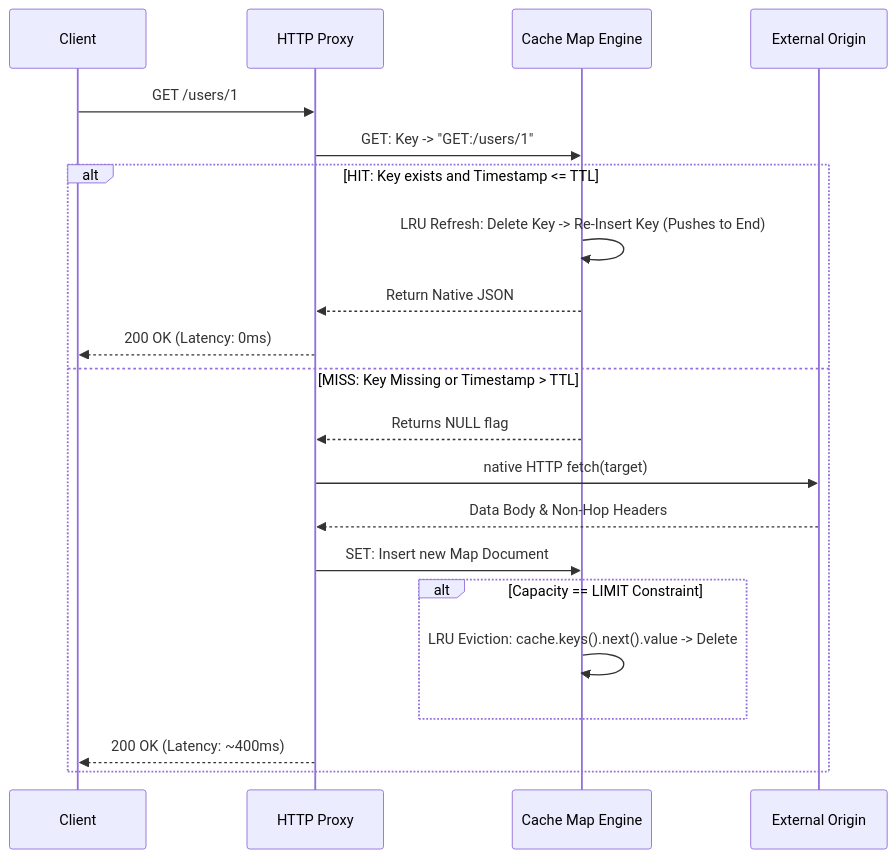
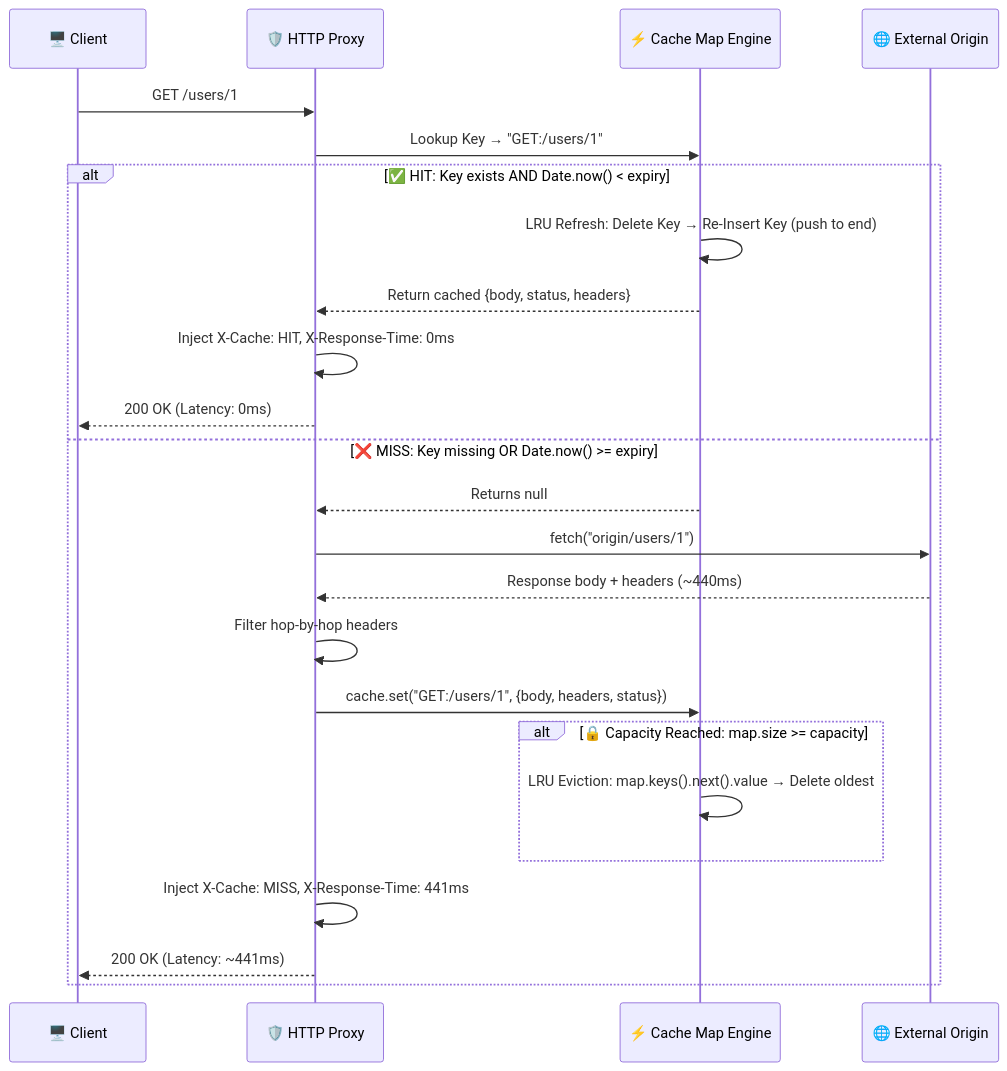
The eighth of 21 diagrams in README.md (sherlock-hashed/Kshama), drawn with Mermaid before and after one commit. The commit also changed other lines of this file, not shown here.

Commit message:
docs: comprehensive README rewrite with HLD, LLD, 21 mermaid diagrams, interview Q&A bank

````diff
--- a/README.md
+++ b/README.md
@@ -71,25 +327,28 @@
 ```mermaid
 sequenceDiagram
-    participant C as Client
-    participant P as HTTP Proxy
-    participant CS as Cache Map Engine
-    participant O as External Origin
+    participant C as 🖥️ Client
+    participant P as 🛡️ HTTP Proxy
+    participant CS as ⚡ Cache Map Engine
+    participant O as 🌐 External Origin
 
     C->>P: GET /users/1
-    P->>CS: GET: Key -> "GET:/users/1"
+    P->>CS: Lookup Key → "GET:/users/1"
     
-    alt HIT: Key exists and Timestamp <= TTL
-        CS->>CS: LRU Refresh: Delete Key -> Re-Insert Key (Pushes to End)
-        CS-->>P: Return Native JSON
+    alt ✅ HIT: Key exists AND Date.now() < expiry
+        CS->>CS: LRU Refresh: Delete Key → Re-Insert Key (push to end)
+        CS-->>P: Return cached {body, status, headers}
+        P->>P: Inject X-Cache: HIT, X-Response-Time: 0ms
         P-->>C: 200 OK (Latency: 0ms)
-    else MISS: Key Missing or Timestamp > TTL
-        CS-->>P: Returns NULL flag
-        P->>O: native HTTP fetch(target)
-        O-->>P: Data Body & Non-Hop Headers
-        P->>CS: SET: Insert new Map Document
-        alt Capacity == LIMIT Constraint
-            CS->>CS: LRU Eviction: cache.keys().next().value -> Delete
+    else ❌ MISS: Key missing OR Date.now() >= expiry
+        CS-->>P: Returns null
+        P->>O: fetch("origin/users/1")
+        O-->>P: Response body + headers (~440ms)
+        P->>P: Filter hop-by-hop headers
+        P->>CS: cache.set("GET:/users/1", {body, headers, status})
+        alt 🔒 Capacity Reached: map.size >= capacity
+            CS->>CS: LRU Eviction: map.keys().next().value → Delete oldest
         end
-        P-->>C: 200 OK (Latency: ~400ms)
+        P->>P: Inject X-Cache: MISS, X-Response-Time: 441ms
+        P-->>C: 200 OK (Latency: ~441ms)
     end
 ```
````
